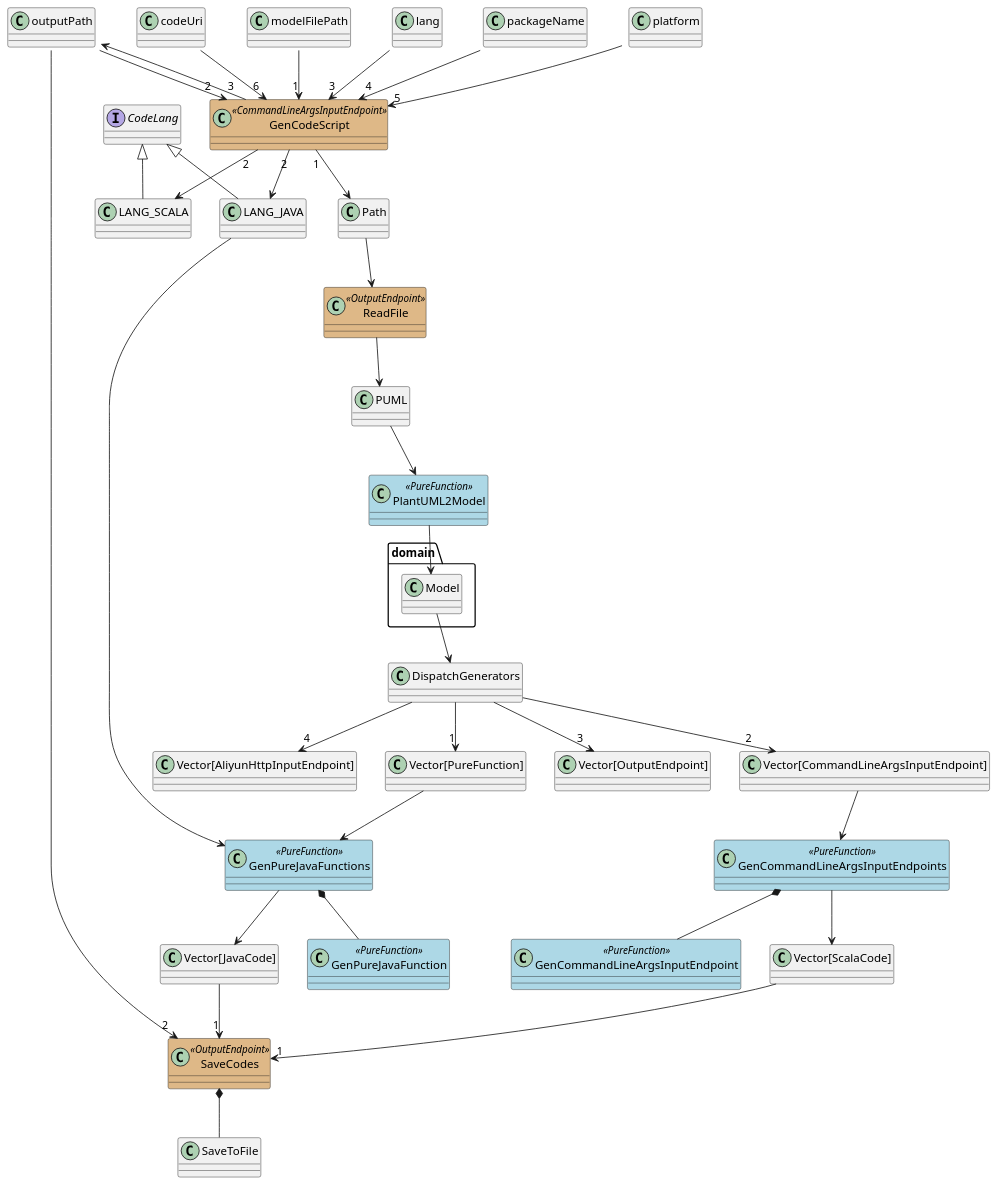
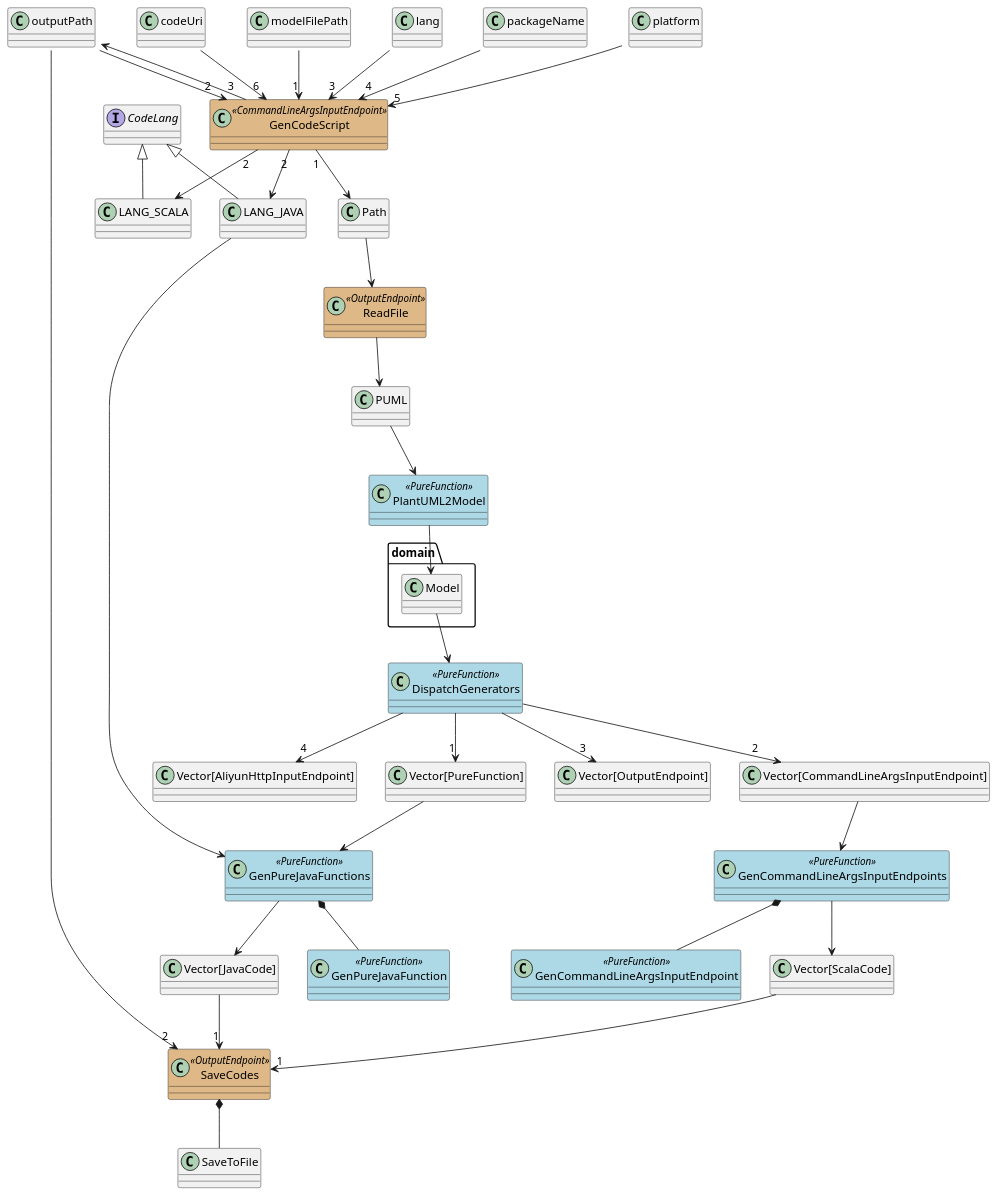
The diagram in typeflow/tooling/GenCode.puml (notyy/TypeFlow), drawn with PlantUML before and after one commit.

Commit message:
fix bug of model

```diff
--- a/typeflow/tooling/GenCode.puml
+++ b/typeflow/tooling/GenCode.puml
@@ -1,53 +1,54 @@
 @startuml
 skinparam class {
 	BackgroundColor<<CommandLineInputEndpoint>> BurlyWood
 	BackgroundColor<<CommandLineArgsInputEndpoint>> BurlyWood
 	BackgroundColor<<AliyunHttpInputEndpoint>> BurlyWood
 	BackgroundColor<<OutputEndpoint>> BurlyWood
 	BackgroundColor<<PureFunction>> LightBlue
 }
 'class System << (S,#FF7700) Singleton >>
 
 class GenCodeScript <<CommandLineArgsInputEndpoint>>
 class ReadFile <<OutputEndpoint>>
 class PlantUML2Model <<PureFunction>>
 class GenPureJavaFunctions <<PureFunction>>
 class GenPureJavaFunction <<PureFunction>>
 class GenCommandLineArgsInputEndpoints <<PureFunction>>
 class GenCommandLineArgsInputEndpoint <<PureFunction>>
+class DispatchGenerators <<PureFunction>>
 class SaveCodes <<OutputEndpoint>>
 interface CodeLang
 CodeLang <|-- LANG_JAVA
 CodeLang <|-- LANG_SCALA
 
 modelFilePath::String --> "1" GenCodeScript
 outputPath::String --> "2" GenCodeScript
 lang::String --> "3" GenCodeScript
 packageName::String --> "4" GenCodeScript
 platform::String --> "5" GenCodeScript
 codeUri::String --> "6" GenCodeScript
 GenCodeScript "1" --> Path
 GenCodeScript "2" --> LANG_JAVA
 GenCodeScript "2" --> LANG_SCALA
 GenCodeScript "3" --> outputPath::Path
 LANG_JAVA -> GenPureJavaFunctions
 Path --> ReadFile
 ReadFile --> PUML
 PUML --> PlantUML2Model
 PlantUML2Model --> domain.Model
 domain.Model --> DispatchGenerators
 DispatchGenerators --> "1" "Vector[PureFunction]"
 DispatchGenerators --> "2" "Vector[CommandLineArgsInputEndpoint]"
 DispatchGenerators --> "3" "Vector[OutputEndpoint]"
 DispatchGenerators --> "4" "Vector[AliyunHttpInputEndpoint]"
 "Vector[PureFunction]" --> GenPureJavaFunctions
 GenPureJavaFunctions --> "Vector[JavaCode]"
 GenPureJavaFunctions *-- GenPureJavaFunction
 "Vector[CommandLineArgsInputEndpoint]" --> GenCommandLineArgsInputEndpoints
 GenCommandLineArgsInputEndpoints --> "Vector[ScalaCode]"
 GenCommandLineArgsInputEndpoints *-- GenCommandLineArgsInputEndpoint
 "Vector[ScalaCode]" --> "1" SaveCodes
 "Vector[JavaCode]" --> "1" SaveCodes
 outputPath::Path --> "2" SaveCodes
 SaveCodes *-- SaveToFile
 @enduml
```
